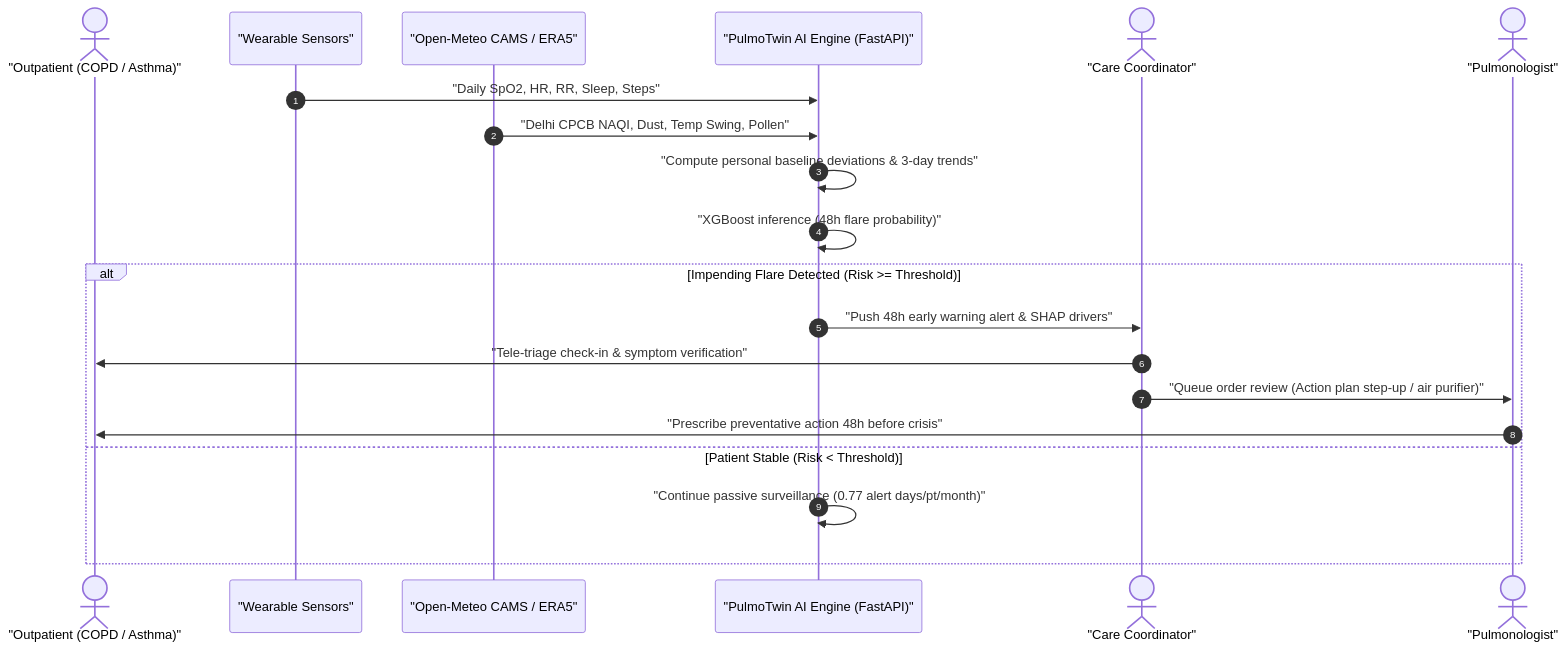
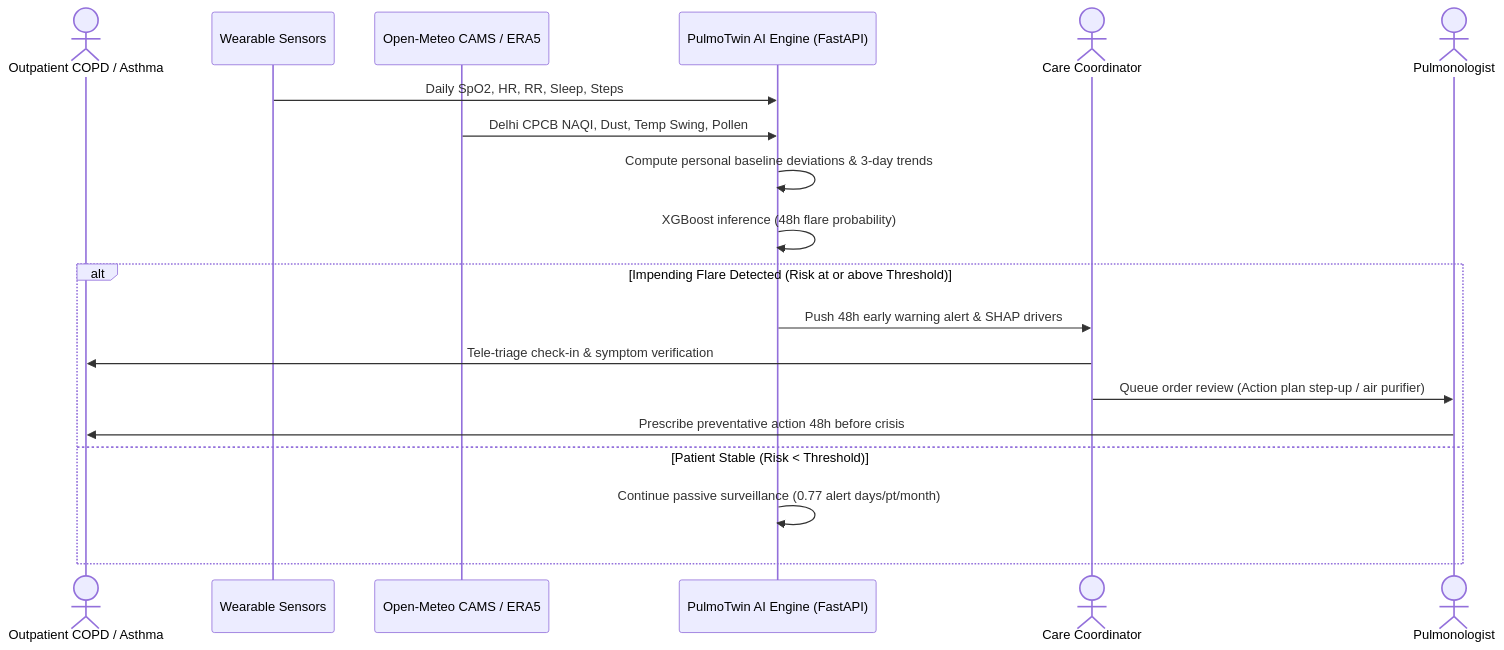
One commit to MonalikaDoda/PulmoTwin changed the first of 2 diagrams in README.md. Above: the diagram before and after it, drawn with Mermaid. The commit also changed other lines of this file and 8 other files, not shown here.

Commit message:
Replace SHAP proportional rescaling with sequential probability attribution, update Model baseline to 36.2%, and fix README sequence diagram

````diff
--- a/README.md
+++ b/README.md
@@ -88,23 +88,22 @@
 ```mermaid
 sequenceDiagram
-    autonumber
-    actor Patient as "Outpatient (COPD / Asthma)"
-    participant Sensors as "Wearable Sensors"
-    participant WeatherAPI as "Open-Meteo CAMS / ERA5"
-    participant Engine as "PulmoTwin AI Engine (FastAPI)"
-    actor Nurse as "Care Coordinator"
-    actor Doctor as "Pulmonologist"
+    actor Patient as Outpatient COPD / Asthma
+    participant Sensors as Wearable Sensors
+    participant WeatherAPI as Open-Meteo CAMS / ERA5
+    participant Engine as PulmoTwin AI Engine (FastAPI)
+    actor Nurse as Care Coordinator
+    actor Doctor as Pulmonologist
 
-    Sensors->>Engine: "Daily SpO2, HR, RR, Sleep, Steps"
-    WeatherAPI->>Engine: "Delhi CPCB NAQI, Dust, Temp Swing, Pollen"
-    Engine->>Engine: "Compute personal baseline deviations & 3-day trends"
-    Engine->>Engine: "XGBoost inference (48h flare probability)"
-    alt Impending Flare Detected (Risk >= Threshold)
-        Engine->>Nurse: "Push 48h early warning alert & SHAP drivers"
-        Nurse->>Patient: "Tele-triage check-in & symptom verification"
-        Nurse->>Doctor: "Queue order review (Action plan step-up / air purifier)"
-        Doctor->>Patient: "Prescribe preventative action 48h before crisis"
+    Sensors->>Engine: Daily SpO2, HR, RR, Sleep, Steps
+    WeatherAPI->>Engine: Delhi CPCB NAQI, Dust, Temp Swing, Pollen
+    Engine->>Engine: Compute personal baseline deviations & 3-day trends
+    Engine->>Engine: XGBoost inference (48h flare probability)
+    alt Impending Flare Detected (Risk at or above Threshold)
+        Engine->>Nurse: Push 48h early warning alert & SHAP drivers
+        Nurse->>Patient: Tele-triage check-in & symptom verification
+        Nurse->>Doctor: Queue order review (Action plan step-up / air purifier)
+        Doctor->>Patient: Prescribe preventative action 48h before crisis
     else Patient Stable (Risk < Threshold)
-        Engine->>Engine: "Continue passive surveillance (0.77 alert days/pt/month)"
+        Engine->>Engine: Continue passive surveillance (0.77 alert days/pt/month)
     end
 ```
````
